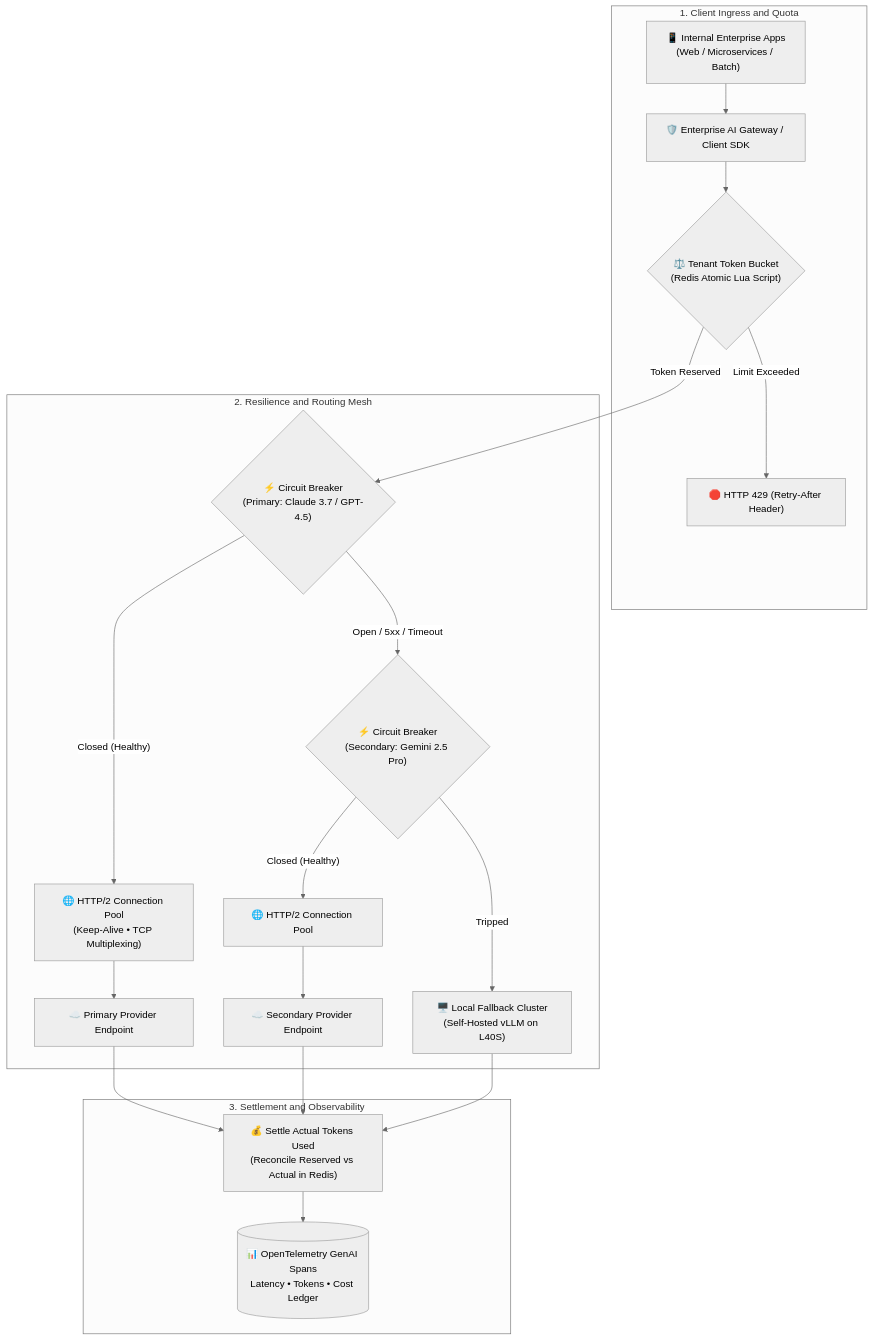
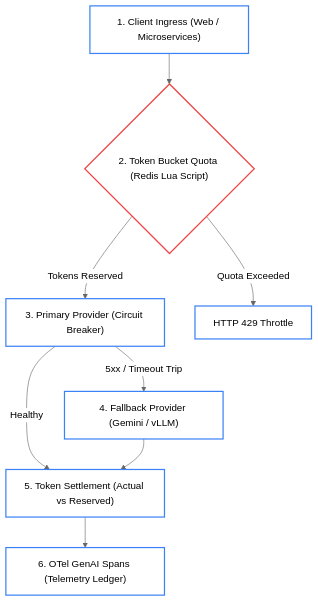
Before and after one commit to dip4k/senior-engineer-to-ai-engineer-roadmap: the first of 2 diagrams in use-cases/use-case-02-enterprise-sdks-resilience.md, drawn with Mermaid (neutral theme). The commit also changed other lines of this file and 49 other files, not shown here.

First line of the commit message:
feat(curriculum): complete 2026 refactoring across roadmaps, use-cases, labs, and agent-forge

````diff
--- a/use-cases/use-case-02-enterprise-sdks-resilience.md
+++ b/use-cases/use-case-02-enterprise-sdks-resilience.md
@@ -22,28 +23,21 @@
 ```mermaid
 flowchart TD
-    subgraph ClientLayer["1. Client Ingress and Quota"]
-        App["📱 Internal Enterprise Apps<br>(Web / Microservices / Batch)"] --> Gateway["🛡️ Enterprise AI Gateway / Client SDK"]
-        Gateway --> Quota{"⚖️ Tenant Token Bucket<br>(Redis Atomic Lua Script)"}
-        Quota -- "Limit Exceeded" --> Err429["🛑 HTTP 429 (Retry-After Header)"]
-    end
+    App["1. Client Ingress (Web / Microservices)"]
+    Quota{"2. Token Bucket Quota (Redis Lua Script)"}
+    Primary["3. Primary Provider (Circuit Breaker)"]
+    Secondary["4. Fallback Provider (Gemini / vLLM)"]
+    Settle["5. Token Settlement (Actual vs Reserved)"]
+    OTel["6. OTel GenAI Spans (Telemetry Ledger)"]
 
-    subgraph ResilienceLayer["2. Resilience and Routing Mesh"]
-        Quota -- "Token Reserved" --> CircuitPrimary{"⚡ Circuit Breaker<br>(Primary: Claude 3.7 / GPT-4.5)"}
-        
-        CircuitPrimary -- "Closed (Healthy)" --> PoolPrimary["🌐 HTTP/2 Connection Pool<br>(Keep-Alive • TCP Multiplexing)"]
-        PoolPrimary --> PrimaryProvider["☁️ Primary Provider Endpoint"]
-        
-        CircuitPrimary -- "Open / 5xx / Timeout" --> CircuitSecondary{"⚡ Circuit Breaker<br>(Secondary: Gemini 2.5 Pro)"}
-        CircuitSecondary -- "Closed (Healthy)" --> PoolSecondary["🌐 HTTP/2 Connection Pool"]
-        PoolSecondary --> SecondaryProvider["☁️ Secondary Provider Endpoint"]
-        
-        CircuitSecondary -- "Tripped" --> LocalFallback["🖥️ Local Fallback Cluster<br>(Self-Hosted vLLM on L40S)"]
-    end
+    App --> Quota
+    Quota -- "Tokens Reserved" --> Primary
+    Quota -- "Quota Exceeded" --> Err429["HTTP 429 Throttle"]
+    Primary -- "Healthy" --> Settle
+    Primary -- "5xx / Timeout Trip" --> Secondary
+    Secondary --> Settle
+    Settle --> OTel
 
-    subgraph TelemetryLayer["3. Settlement and Observability"]
-        PrimaryProvider --> Settle["💰 Settle Actual Tokens Used<br>(Reconcile Reserved vs Actual in Redis)"]
-        SecondaryProvider --> Settle
-        LocalFallback --> Settle
-        Settle --> OTel[("📊 OpenTelemetry GenAI Spans<br>Latency • Tokens • Cost Ledger")]
-    end
+    classDef default fill:none,stroke:#3b82f6,stroke-width:2px;
+    classDef gate fill:none,stroke:#ef4444,stroke-width:2px;
+    class Quota gate;
 ```
````
